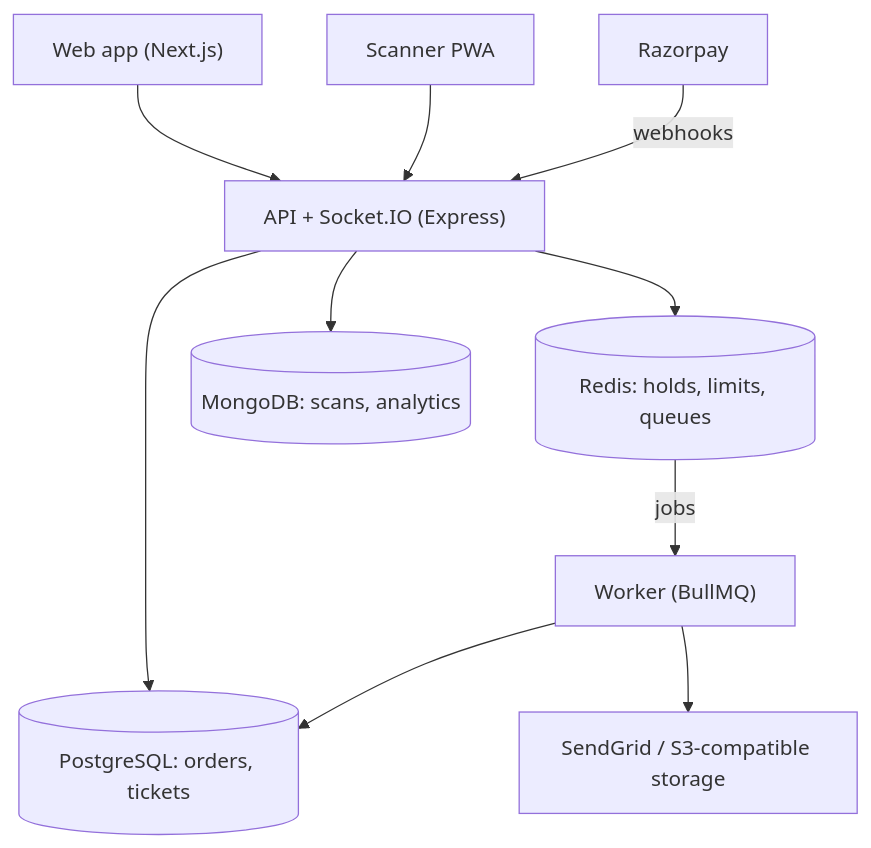
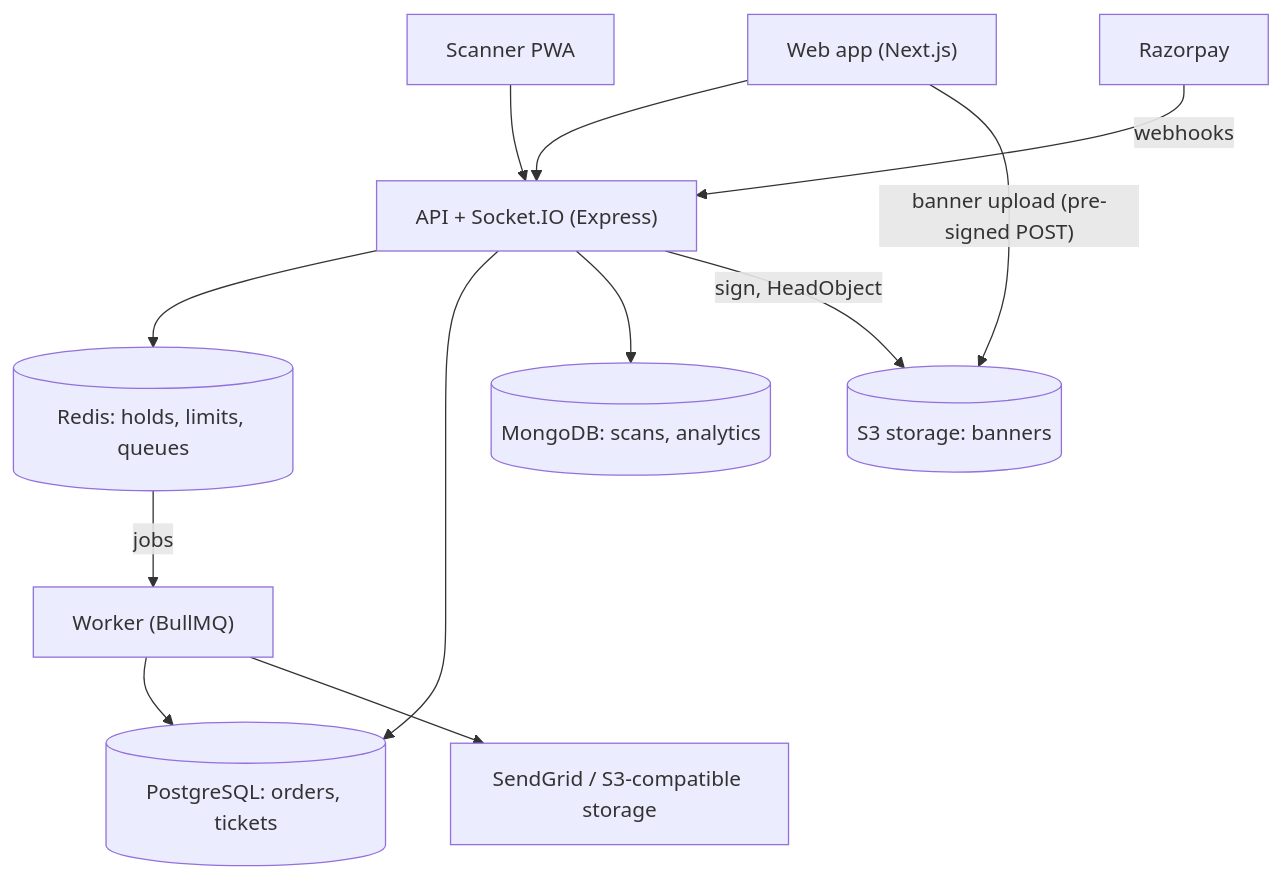
The first of 2 diagrams in README.md (TR1CK5T4R/festpass), drawn with Mermaid before and after one commit. The commit also changed other lines of this file and 1 other file, not shown here.

Commit message:
docs: document banner uploads and storage setup

````diff
--- a/README.md
+++ b/README.md
@@ -39,12 +40,14 @@
 ```mermaid
 flowchart TB
   web["Web app (Next.js)"] --> api["API + Socket.IO (Express)"]
   scan["Scanner PWA"] --> api
   rzp["Razorpay"] -- webhooks --> api
   api --> redis[("Redis: holds, limits, queues")]
   api --> pg[("PostgreSQL: orders, tickets")]
   api --> mongo[("MongoDB: scans, analytics")]
   redis -- jobs --> worker["Worker (BullMQ)"]
   worker --> pg
   worker --> ext["SendGrid / S3-compatible storage"]
+  web -- "banner upload (pre-signed POST)" --> s3[("S3 storage: banners")]
+  api -- "sign, HeadObject" --> s3
 ```
````
